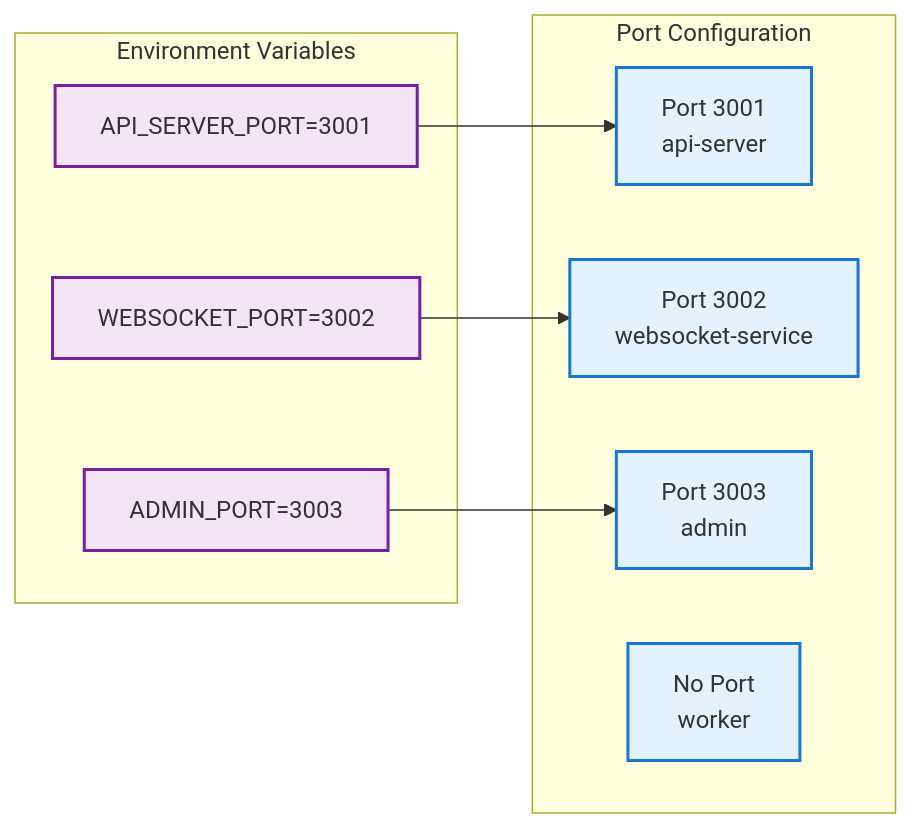
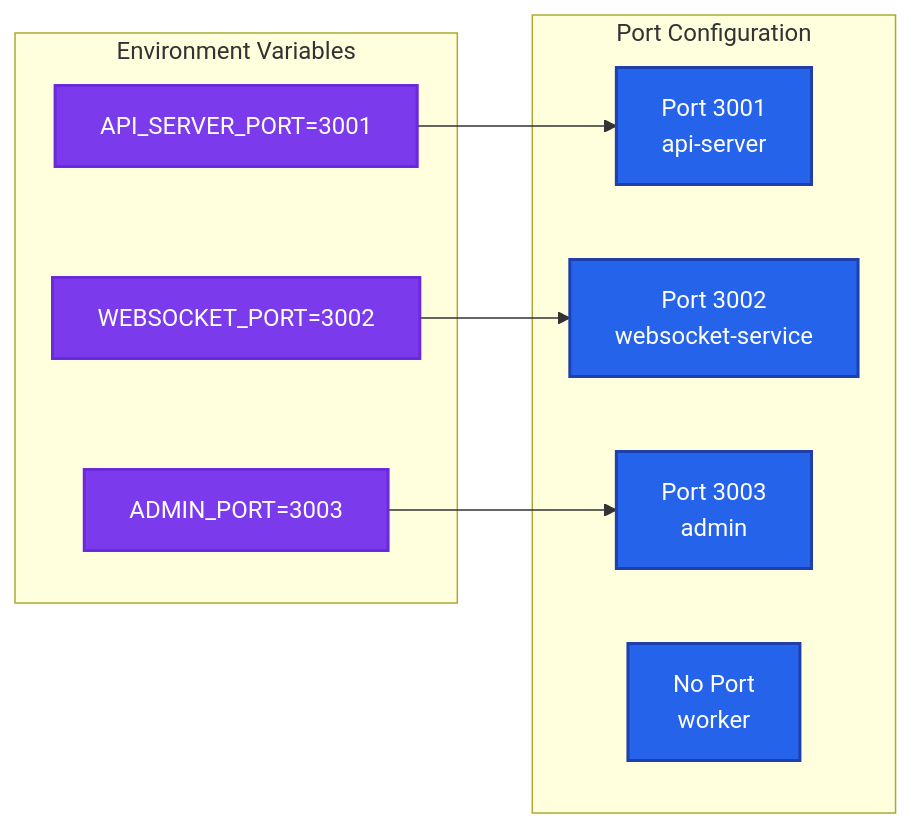
Before and after one commit to ksaofjeflj/NestJS-Monorepo-Template: the seventh of 8 diagrams in README.md, drawn with Mermaid. The commit also changed other lines of this file, not shown here.

Commit message:
chore:(readme updated with clear architecture diagrams breaking down each)

````diff
--- a/README.md
+++ b/README.md
@@ -331,25 +331,25 @@
 ```mermaid
 flowchart LR
     subgraph Ports["Port Configuration"]
         P3001["Port 3001<br/>api-server"]
         P3002["Port 3002<br/>websocket-service"]
         P3003["Port 3003<br/>admin"]
         PNone["No Port<br/>worker"]
     end
     
     subgraph Env["Environment Variables"]
         API_PORT["API_SERVER_PORT=3001"]
         WS_PORT["WEBSOCKET_PORT=3002"]
         ADMIN_PORT["ADMIN_PORT=3003"]
     end
     
     API_PORT --> P3001
     WS_PORT --> P3002
     ADMIN_PORT --> P3003
     
-    classDef port fill:#e3f2fd,stroke:#1976d2,stroke-width:2px
-    classDef env fill:#f3e5f5,stroke:#7b1fa2,stroke-width:2px
+    classDef port fill:#2563eb,color:#fff,stroke:#1e40af,stroke-width:2px
+    classDef env fill:#7c3aed,color:#fff,stroke:#6d28d9,stroke-width:2px
     
     class P3001,P3002,P3003,PNone port
     class API_PORT,WS_PORT,ADMIN_PORT env
 ```
````
